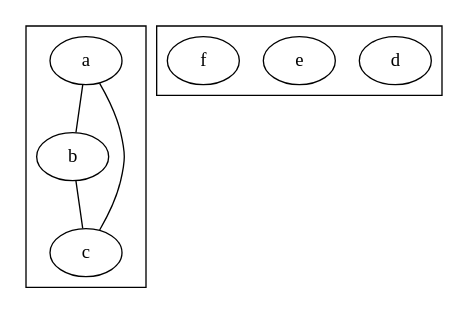
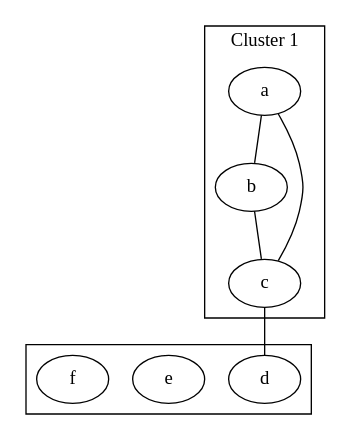
One commit to narusas/blogdraft changed diagram 14 of 16 in _posts/2019-01-25-Graphviz.adoc. Above: the diagram before and after it, drawn with Graphviz. The commit also changed other lines of this file, not shown here.

```diff
--- a/_posts/2019-01-25-Graphviz.adoc
+++ b/_posts/2019-01-25-Graphviz.adoc
@@ -344,15 +345,19 @@
 [graphviz]
 ....
 graph {
 	subgraph cluster01 {
-			a -- b
-			a -- c
-			b -- c
+		label="Cluster 1"
+		a -- b
+		a -- c
+		b -- c
+		c
 	}
 	subgraph cluster02 {
 		d 
 		e 
 		f
 	}	 
+	# 서브그래프 를 벗어 나는 연결은 바깥쪽에 기술
+	c -- d
 }
 ....
```
